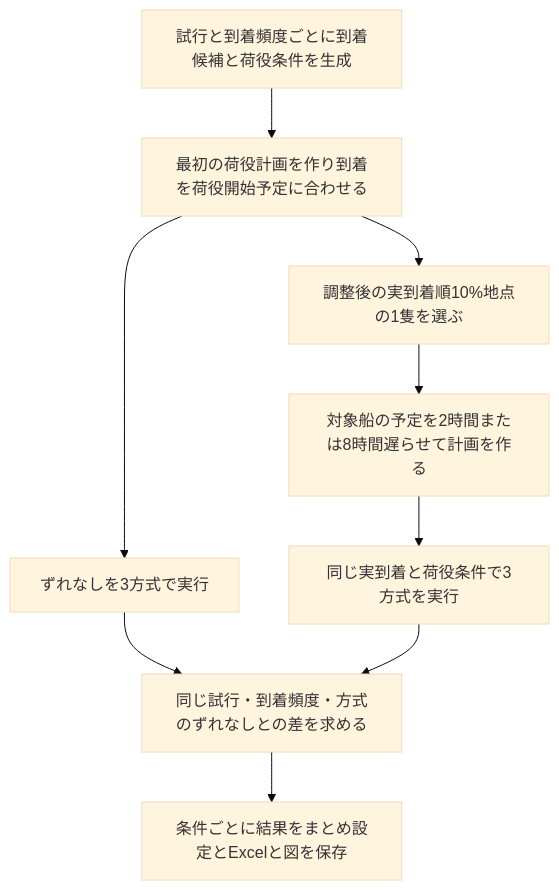
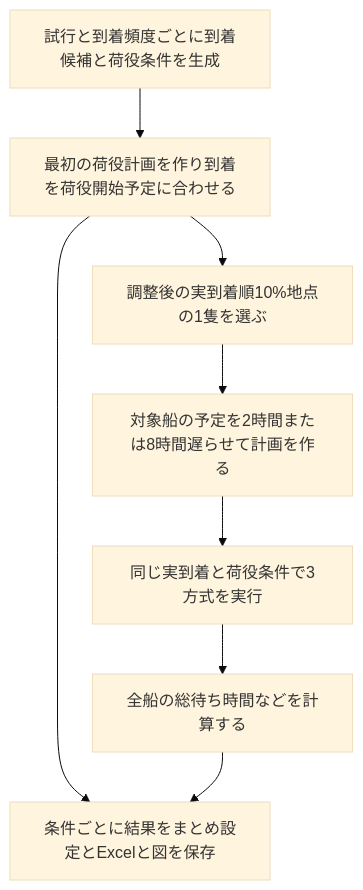
One commit to ryusukeke/thesis changed the diagram in docs/実装説明.md. Above: the diagram before and after it, drawn with Mermaid (base theme). The commit also changed other lines of this file and 4 other files, not shown here.

Commit message:
18運用の集計と修正後の計画を使う荷役図の説明を更新する

````diff
--- a/docs/実装説明.md
+++ b/docs/実装説明.md
@@ -11,11 +11,10 @@
 ```mermaid
 flowchart TD
     A[試行と到着頻度ごとに到着候補と荷役条件を生成] --> B[最初の荷役計画を作り到着を荷役開始予定に合わせる]
     B --> C[調整後の実到着順10%地点の1隻を選ぶ]
     C --> D[対象船の予定を2時間または8時間遅らせて計画を作る]
-    B --> E[ずれなしを3方式で実行]
+    B --> H
     D --> F[同じ実到着と荷役条件で3方式を実行]
-    E --> G[同じ試行・到着頻度・方式のずれなしとの差を求める]
-    F --> G
+    F --> G[全船の総待ち時間などを計算する]
     G --> H[条件ごとに結果をまとめ設定とExcelと図を保存]
 ```
````
